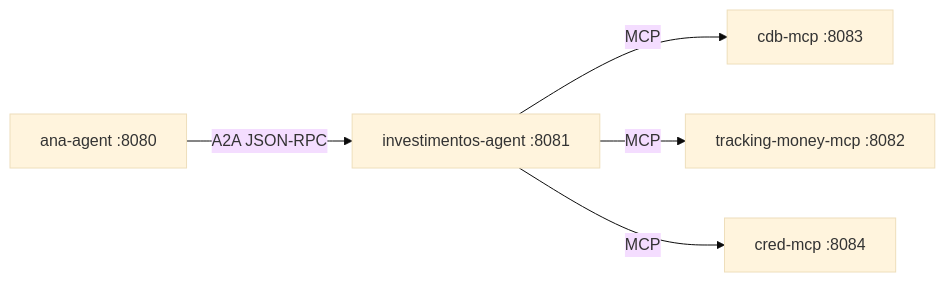
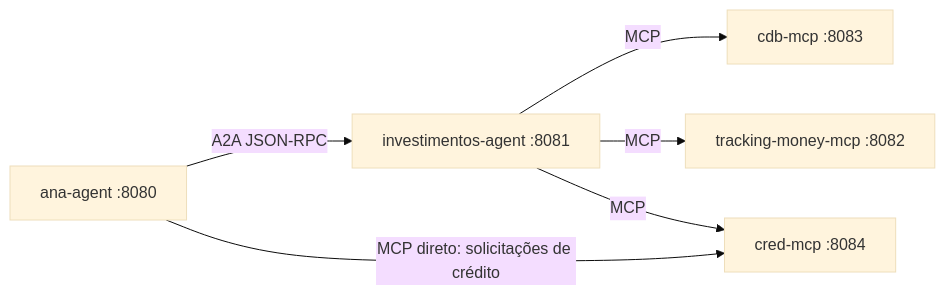
The first of 2 diagrams in agent-to-agent/README.md (diegolirio/ai-demos), drawn with Mermaid (base theme) before and after one commit. The commit also changed other lines of this file and 3 other files, not shown here.

Commit message:
docs: jornada de credito (MCP direto), smoke e comparacao McpClient x McpToolProvider

````diff
--- a/agent-to-agent/README.md
+++ b/agent-to-agent/README.md
@@ -12,13 +13,14 @@
 ```mermaid
 graph LR
       Ana[ana-agent :8080]
       Invest[investimentos-agent :8081]
       CDB[cdb-mcp :8083]
       TM[tracking-money-mcp :8082]
       CRED[cred-mcp :8084]
   
       Ana -->|A2A JSON-RPC| Invest
+      Ana -->|MCP direto: solicitações de crédito| CRED
       Invest -->|MCP| CDB
       Invest -->|MCP| TM
       Invest -->|MCP| CRED
 ```
````
